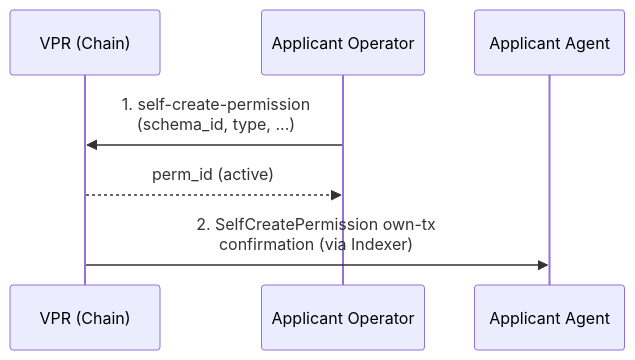
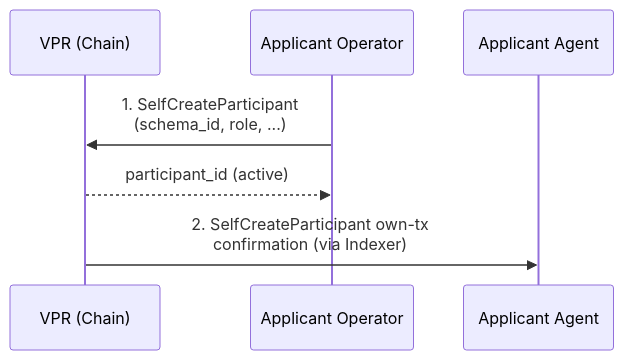
One commit to verana-labs/verana-spec changed the ninth of 10 diagrams in v4/vs-agent/spec.md. Above: the diagram before and after it, drawn with Mermaid. The commit also changed other lines of this file and 3 other files, not shown here.

````diff
--- a/v4/vs-agent/spec.md
+++ b/v4/vs-agent/spec.md
@@ -637,8 +669,8 @@
 ```mermaid
 sequenceDiagram
     participant VPR as VPR (Chain)
 
-    Applicant Operator->>VPR: 1. self-create-permission<br/>(schema_id, type, ...)
-    VPR-->>Applicant Operator: perm_id (active)
-    VPR->>Applicant Agent: 2. SelfCreatePermission own-tx<br/>confirmation (via Indexer)
+    Applicant Operator->>VPR: 1. SelfCreateParticipant<br/>(schema_id, role, ...)
+    VPR-->>Applicant Operator: participant_id (active)
+    VPR->>Applicant Agent: 2. SelfCreateParticipant own-tx<br/>confirmation (via Indexer)
 ```
````
